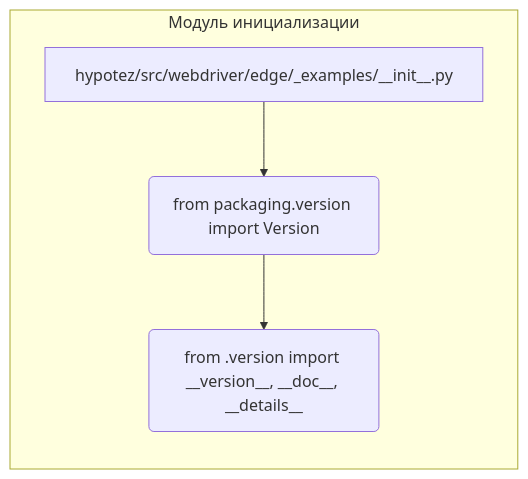
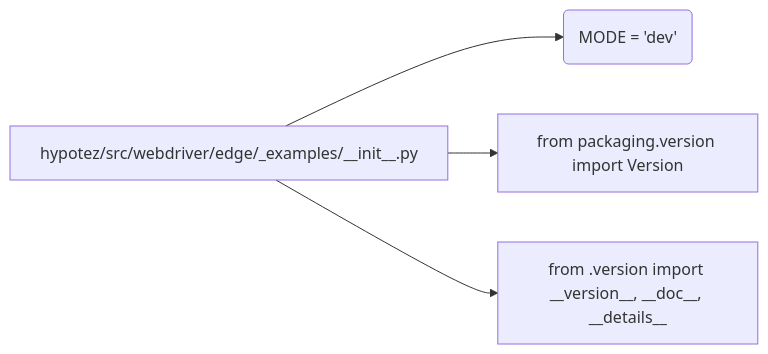
The diagram in docs/gemini/ru/explainer/src/webdriver/edge/_examples/__init__.md (hypo69/hypo), drawn with Mermaid before and after one commit. The commit also changed other lines of this file and 311 other files, not shown here.

````diff
--- a/docs/gemini/ru/explainer/src/webdriver/edge/_examples/__init__.md
+++ b/docs/gemini/ru/explainer/src/webdriver/edge/_examples/__init__.md
@@ -67,7 +55,6 @@
 ```mermaid
 graph LR
-    subgraph Модуль инициализации
-        A[hypotez/src/webdriver/edge/_examples/__init__.py] --> B(from packaging.version import Version);
-        B --> C(from .version import __version__, __doc__, __details__);
-    end
+    A[hypotez/src/webdriver/edge/_examples/__init__.py] --> B(MODE = 'dev');
+    A --> C[from packaging.version import Version];
+    A --> D[from .version import __version__, __doc__, __details__];
 ```
````
